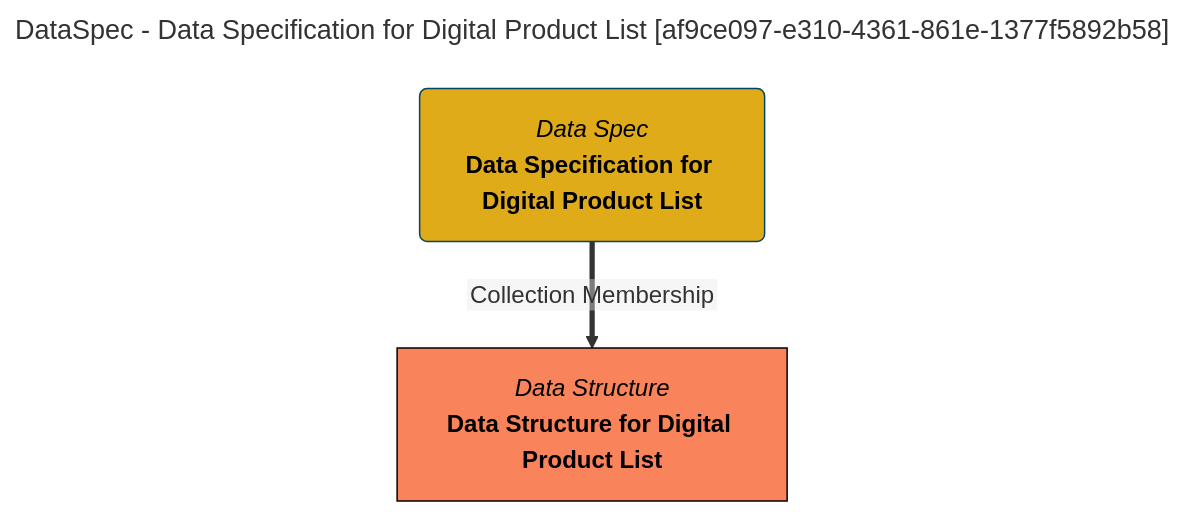
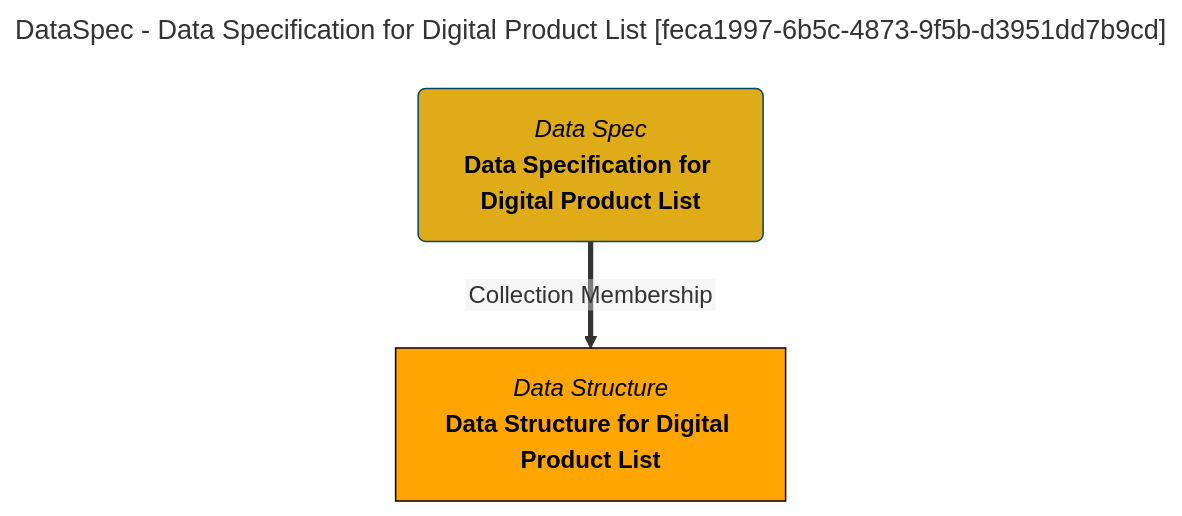
The diagram in site/snippets/collections/data-specs/data-specification-for-digital-product-list-mermaid-graph.md (odpi/egeria-docs), drawn with Mermaid before and after one commit. The commit also changed 2201 other files, not shown here.

````diff
--- a/site/snippets/collections/data-specs/data-specification-for-digital-product-list-mermaid-graph.md
+++ b/site/snippets/collections/data-specs/data-specification-for-digital-product-list-mermaid-graph.md
@@ -1,15 +1,15 @@
 ```mermaid
 ---
-title: DataSpec - Data Specification for Digital Product List [af9ce097-e310-4361-861e-1377f5892b58]
+title: DataSpec - Data Specification for Digital Product List [feca1997-6b5c-4873-9f5b-d3951dd7b9cd]
 ---
 flowchart TD
 %%{init: {"flowchart": {"htmlLabels": false}} }%%
 
 1@{ shape: rounded, label: "*Data Spec*
 **Data Specification for Digital Product List**"}
 2@{ shape: rect, label: "*Data Structure*
 **Data Structure for Digital Product List**"}
 1==>|"Collection Membership"|2
 style 1 color:#000000, fill:#e0ab18, stroke:#004563
-style 2 color:#000000, fill:#f9845b, stroke:#000000
+style 2 color:#000000, fill:#FFA500, stroke:#000000
 ```
````
